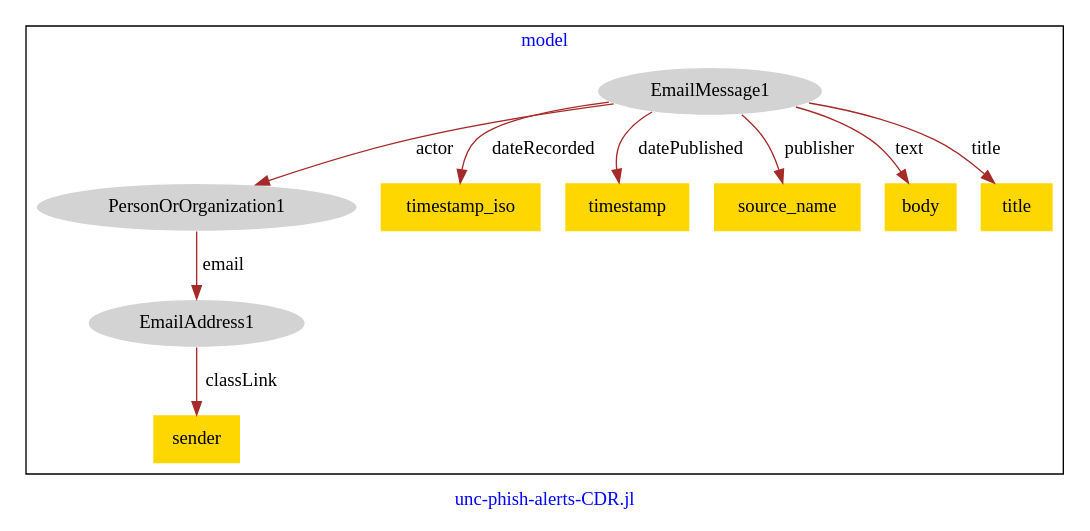
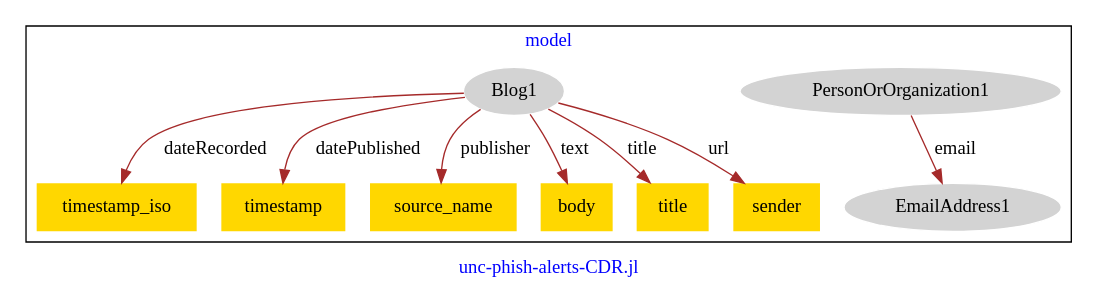
One commit to usc-isi-i2/effect-alignment changed the diagram in models/hg-unc-phish-alerts/unc-phish-alerts-model.dot. Above: the diagram before and after it, drawn with Graphviz.

Commit message:
Update file unc-phish-alerts-model.dot

```diff
--- a/models/hg-unc-phish-alerts/unc-phish-alerts-model.dot
+++ b/models/hg-unc-phish-alerts/unc-phish-alerts-model.dot
@@ -1,25 +1,24 @@
 digraph n0 {
 fontcolor="blue"
 remincross="true"
 label="unc-phish-alerts-CDR.jl"
 subgraph cluster {
 label="model"
-n2[style="filled",color="white",fillcolor="lightgray",label="EmailAddress1"];
-n3[shape="plaintext",style="filled",fillcolor="gold",label="sender"];
-n4[style="filled",color="white",fillcolor="lightgray",label="PersonOrOrganization1"];
-n5[style="filled",color="white",fillcolor="lightgray",label="EmailMessage1"];
-n6[shape="plaintext",style="filled",fillcolor="gold",label="timestamp_iso"];
-n7[shape="plaintext",style="filled",fillcolor="gold",label="timestamp"];
-n8[shape="plaintext",style="filled",fillcolor="gold",label="source_name"];
-n9[shape="plaintext",style="filled",fillcolor="gold",label="body"];
-n10[shape="plaintext",style="filled",fillcolor="gold",label="title"];
+n2[style="filled",color="white",fillcolor="lightgray",label="PersonOrOrganization1"];
+n3[style="filled",color="white",fillcolor="lightgray",label="EmailAddress1"];
+n4[style="filled",color="white",fillcolor="lightgray",label="Blog1"];
+n5[shape="plaintext",style="filled",fillcolor="gold",label="timestamp_iso"];
+n6[shape="plaintext",style="filled",fillcolor="gold",label="timestamp"];
+n7[shape="plaintext",style="filled",fillcolor="gold",label="source_name"];
+n8[shape="plaintext",style="filled",fillcolor="gold",label="body"];
+n9[shape="plaintext",style="filled",fillcolor="gold",label="title"];
+n10[shape="plaintext",style="filled",fillcolor="gold",label="sender"];
 }
-n2 -> n3[color="brown",fontcolor="black",label="classLink"]
-n4 -> n2[color="brown",fontcolor="black",label="email"]
-n5 -> n6[color="brown",fontcolor="black",label="dateRecorded"]
-n5 -> n4[color="brown",fontcolor="black",label="actor"]
-n5 -> n7[color="brown",fontcolor="black",label="datePublished"]
-n5 -> n8[color="brown",fontcolor="black",label="publisher"]
-n5 -> n9[color="brown",fontcolor="black",label="text"]
-n5 -> n10[color="brown",fontcolor="black",label="title"]
+n2 -> n3[color="brown",fontcolor="black",label="email"]
+n4 -> n5[color="brown",fontcolor="black",label="dateRecorded"]
+n4 -> n6[color="brown",fontcolor="black",label="datePublished"]
+n4 -> n7[color="brown",fontcolor="black",label="publisher"]
+n4 -> n8[color="brown",fontcolor="black",label="text"]
+n4 -> n9[color="brown",fontcolor="black",label="title"]
+n4 -> n10[color="brown",fontcolor="black",label="url"]
 }
```
